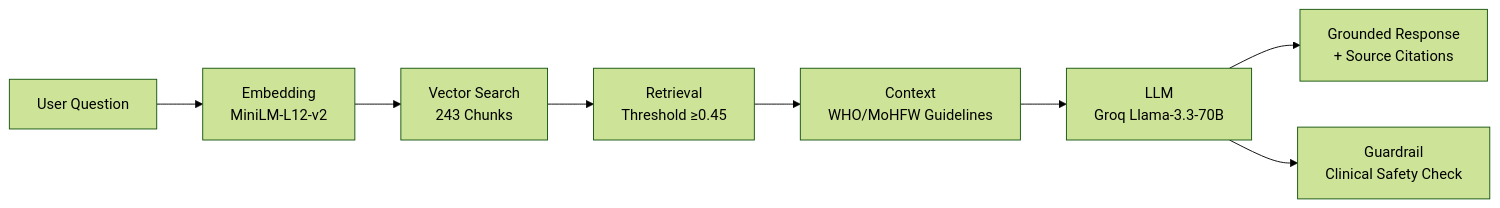
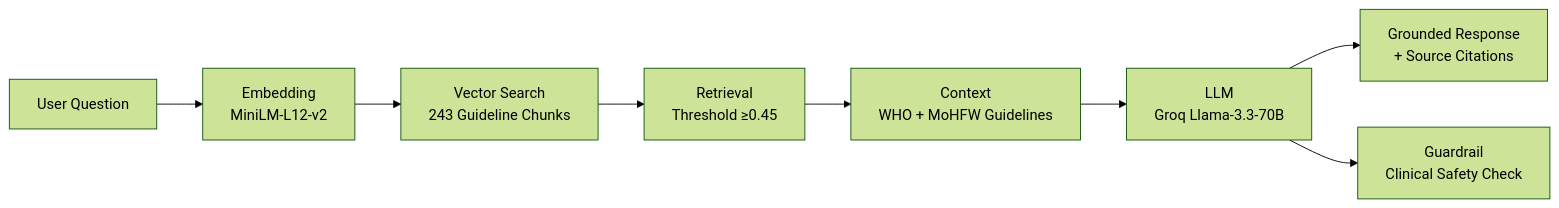
Before and after one commit to tejshveeyerpurwad-hash/mediflow-ai-agent: the fourth of 5 diagrams in README.md, drawn with Mermaid (forest theme). The commit also changed other lines of this file and 8 other files, not shown here.

````diff
--- a/README.md
+++ b/README.md
@@ -510,10 +406,10 @@
 ```mermaid
 flowchart LR
     Q["User Question"] --> E["Embedding<br/>MiniLM-L12-v2"]
-    E --> S["Vector Search<br/>243 Chunks"]
+    E --> S["Vector Search<br/>243 Guideline Chunks"]
     S --> R["Retrieval<br/>Threshold ≥0.45"]
-    R --> C["Context<br/>WHO/MoHFW Guidelines"]
+    R --> C["Context<br/>WHO + MoHFW Guidelines"]
     C --> L["LLM<br/>Groq Llama-3.3-70B"]
     L --> O["Grounded Response<br/>+ Source Citations"]
     L --> G["Guardrail<br/>Clinical Safety Check"]
 ```
````
